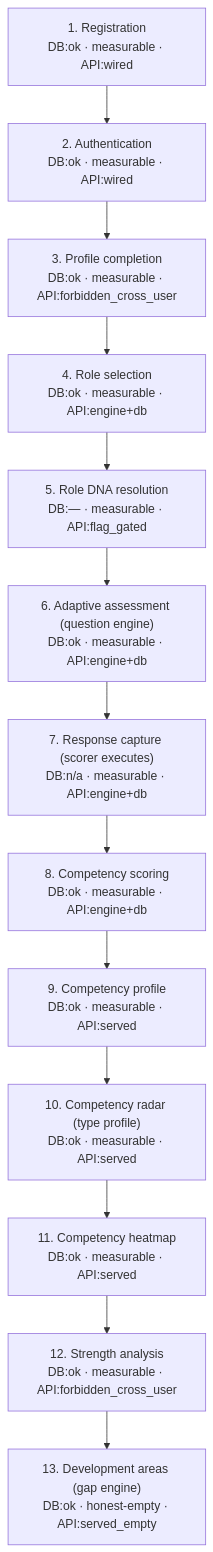
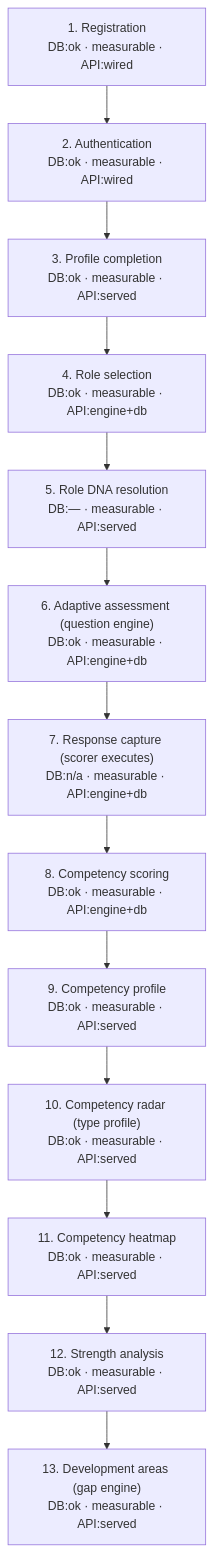
One commit to Metryxone/Metryxonefinal-clean changed the diagram in backend/audit/mx-301a/02-journey-flow-diagram.md. Above: the diagram before and after it, drawn with Mermaid. The commit also changed 12 other files, not shown here.

````diff
--- a/backend/audit/mx-301a/02-journey-flow-diagram.md
+++ b/backend/audit/mx-301a/02-journey-flow-diagram.md
@@ -5,28 +5,28 @@
 ```mermaid
 flowchart TD
   N1["1. Registration\nDB:ok · measurable · API:wired"]
   N2["2. Authentication\nDB:ok · measurable · API:wired"]
-  N3["3. Profile completion\nDB:ok · measurable · API:forbidden_cross_user"]
+  N3["3. Profile completion\nDB:ok · measurable · API:served"]
   N4["4. Role selection\nDB:ok · measurable · API:engine+db"]
-  N5["5. Role DNA resolution\nDB:— · measurable · API:flag_gated"]
+  N5["5. Role DNA resolution\nDB:— · measurable · API:served"]
   N6["6. Adaptive assessment (question engine)\nDB:ok · measurable · API:engine+db"]
   N7["7. Response capture (scorer executes)\nDB:n/a · measurable · API:engine+db"]
   N8["8. Competency scoring\nDB:ok · measurable · API:engine+db"]
   N9["9. Competency profile\nDB:ok · measurable · API:served"]
   N10["10. Competency radar (type profile)\nDB:ok · measurable · API:served"]
   N11["11. Competency heatmap\nDB:ok · measurable · API:served"]
-  N12["12. Strength analysis\nDB:ok · measurable · API:forbidden_cross_user"]
-  N13["13. Development areas (gap engine)\nDB:ok · honest-empty · API:served_empty"]
+  N12["12. Strength analysis\nDB:ok · measurable · API:served"]
+  N13["13. Development areas (gap engine)\nDB:ok · measurable · API:served"]
   N1 --> N2
   N2 --> N3
   N3 --> N4
   N4 --> N5
   N5 --> N6
   N6 --> N7
   N7 --> N8
   N8 --> N9
   N9 --> N10
   N10 --> N11
   N11 --> N12
   N12 --> N13
 ```
````
